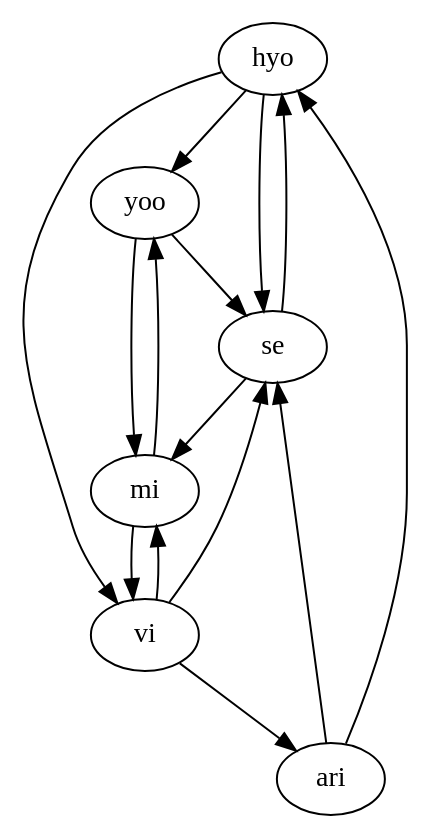
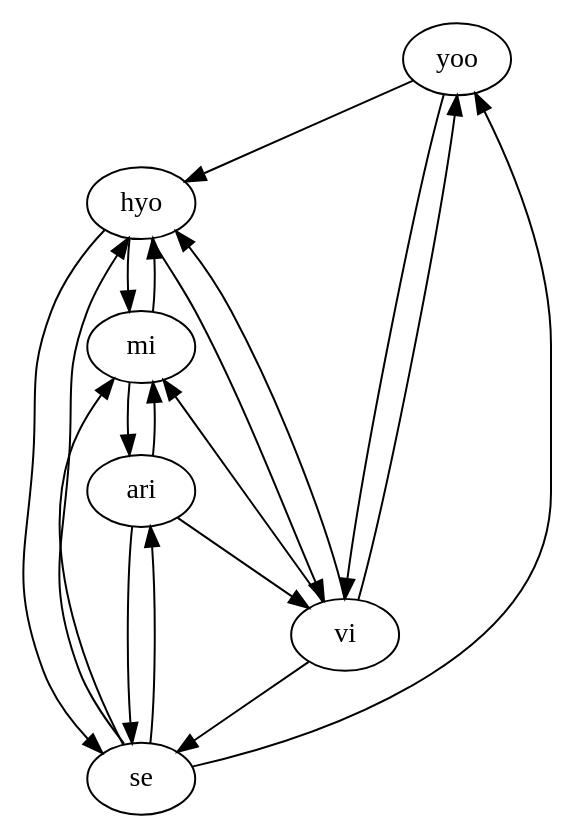
Before and after one commit to hannimpeha/WS: the diagram in src/main/java/resource/awesome.dot, drawn with Graphviz. The commit also changed 4 other files, not shown here.

```diff
--- a/src/main/java/resource/awesome.dot
+++ b/src/main/java/resource/awesome.dot
@@ -1,16 +1,20 @@
 digraph {
-hyo->yoo;
+yoo->hyo;
+hyo->mi;
+mi->hyo;
 hyo->vi;
+vi->hyo;
 hyo->se;
 se->hyo;
-ari->hyo;
-yoo->mi;
-mi->yoo;
-yoo->se;
-mi->vi;
+yoo->vi;
+vi->yoo;
+se->yoo;
 vi->mi;
 se->mi;
+mi->ari;
+ari->mi;
 vi->se;
-vi->ari;
+ari->vi;
+se->ari;
 ari->se;
 }
```
